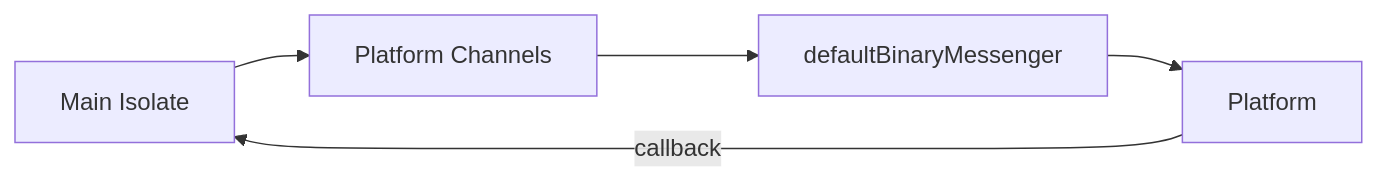
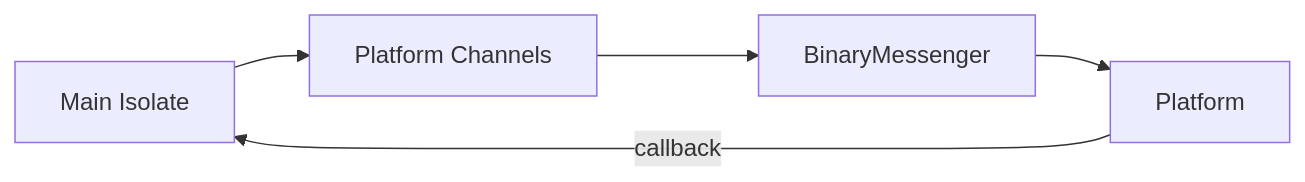
The second of 3 diagrams in slide/pages/journey_platform-specific_APIs.md (sensuikan1973/flutter_expensive_native_embedding_journey), drawn with Mermaid before and after one commit.

````diff
--- a/slide/pages/journey_platform-specific_APIs.md
+++ b/slide/pages/journey_platform-specific_APIs.md
@@ -72,7 +72,7 @@
 ```mermaid
 flowchart LR
     M["Main#32;Isolate"] --> P["Platform#32;Channels"]
-    P --> D["defaultBinaryMessenger"]
+    P --> D["BinaryMessenger"]
     D --> P2["Platform"]
     P2 -->|callback| M
 ```
````
